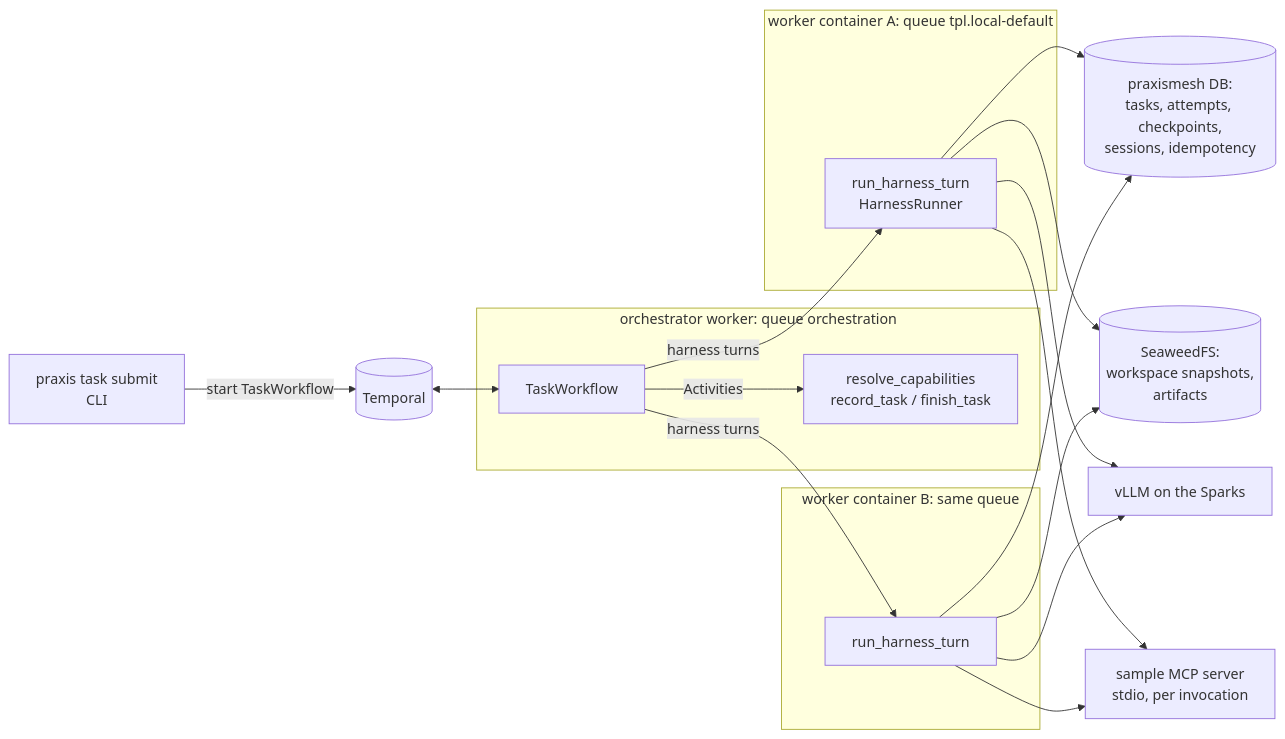
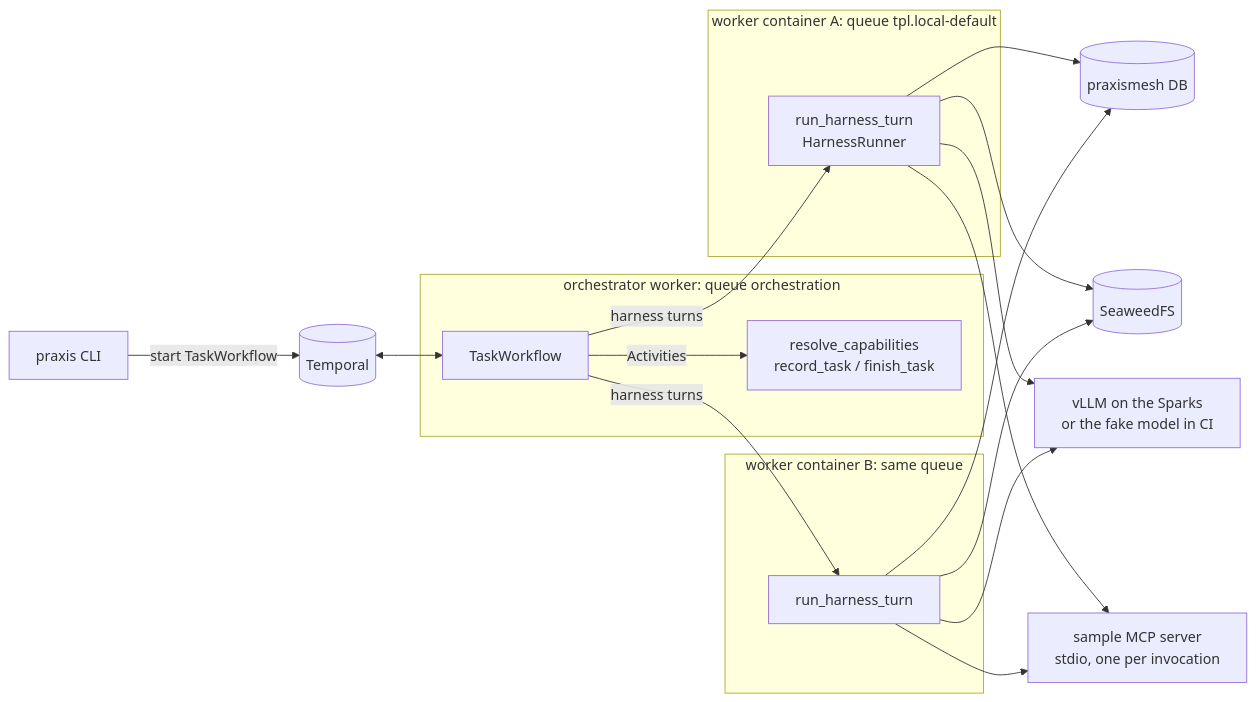
One commit to geosp/praxismesh changed the first of 2 diagrams in docs/rfcs/phase-1-single-agent.md. Above: the diagram before and after it, drawn with Mermaid. The commit also changed other lines of this file and 10 other files, not shown here.

````diff
--- a/docs/rfcs/phase-1-single-agent.md
+++ b/docs/rfcs/phase-1-single-agent.md
@@ -51,21 +61,21 @@
 ```mermaid
 flowchart LR
-  cli[praxis task submit<br/>CLI] -->|start TaskWorkflow| t[(Temporal)]
+  cli[praxis CLI] -->|start TaskWorkflow| t[(Temporal)]
   subgraph orch [orchestrator worker: queue orchestration]
     wf[TaskWorkflow]
     acts[resolve_capabilities<br/>record_task / finish_task]
   end
   subgraph w1 [worker container A: queue tpl.local-default]
     h1[run_harness_turn<br/>HarnessRunner]
   end
   subgraph w2 [worker container B: same queue]
     h2[run_harness_turn]
   end
   t <--> wf
   wf -->|Activities| acts
   wf -->|harness turns| h1 & h2
-  h1 & h2 --> db[(praxismesh DB:<br/>tasks, attempts, checkpoints,<br/>sessions, idempotency)]
-  h1 & h2 --> s3[(SeaweedFS:<br/>workspace snapshots,<br/>artifacts)]
-  h1 & h2 --> vllm[vLLM on the Sparks]
-  h1 & h2 --> mcp[sample MCP server<br/>stdio, per invocation]
+  h1 & h2 --> db[(praxismesh DB)]
+  h1 & h2 --> s3[(SeaweedFS)]
+  h1 & h2 --> vllm[vLLM on the Sparks<br/>or the fake model in CI]
+  h1 & h2 --> mcp[sample MCP server<br/>stdio, one per invocation]
 ```
````
